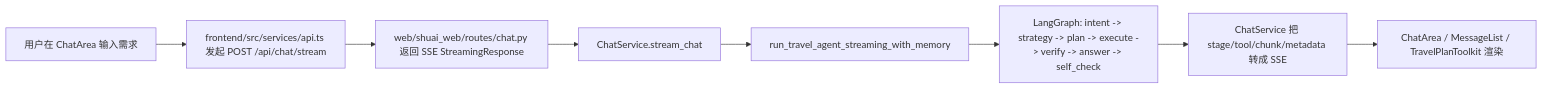
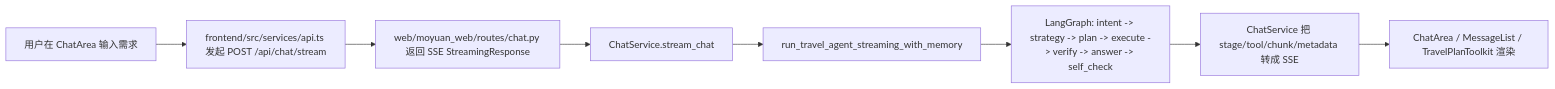
Before and after one commit to woodmeone/BitBlanket-Travel-Agent: the diagram in docs/getting-started/ai-travel-agent-zero-to-one.md, drawn with Mermaid. The commit also changed other lines of this file and 57 other files, not shown here.

Commit message:
chore(repo): rename shuai references to moyuan

````diff
--- a/docs/getting-started/ai-travel-agent-zero-to-one.md
+++ b/docs/getting-started/ai-travel-agent-zero-to-one.md
@@ -74,10 +74,10 @@
 ```mermaid
 flowchart LR
   A["用户在 ChatArea 输入需求"] --> B["frontend/src/services/api.ts 发起 POST /api/chat/stream"]
-  B --> C["web/shuai_web/routes/chat.py 返回 SSE StreamingResponse"]
+  B --> C["web/moyuan_web/routes/chat.py 返回 SSE StreamingResponse"]
   C --> D["ChatService.stream_chat"]
   D --> E["run_travel_agent_streaming_with_memory"]
   E --> F["LangGraph: intent -> strategy -> plan -> execute -> verify -> answer -> self_check"]
   F --> G["ChatService 把 stage/tool/chunk/metadata 转成 SSE"]
   G --> H["ChatArea / MessageList / TravelPlanToolkit 渲染"]
 ```
````
